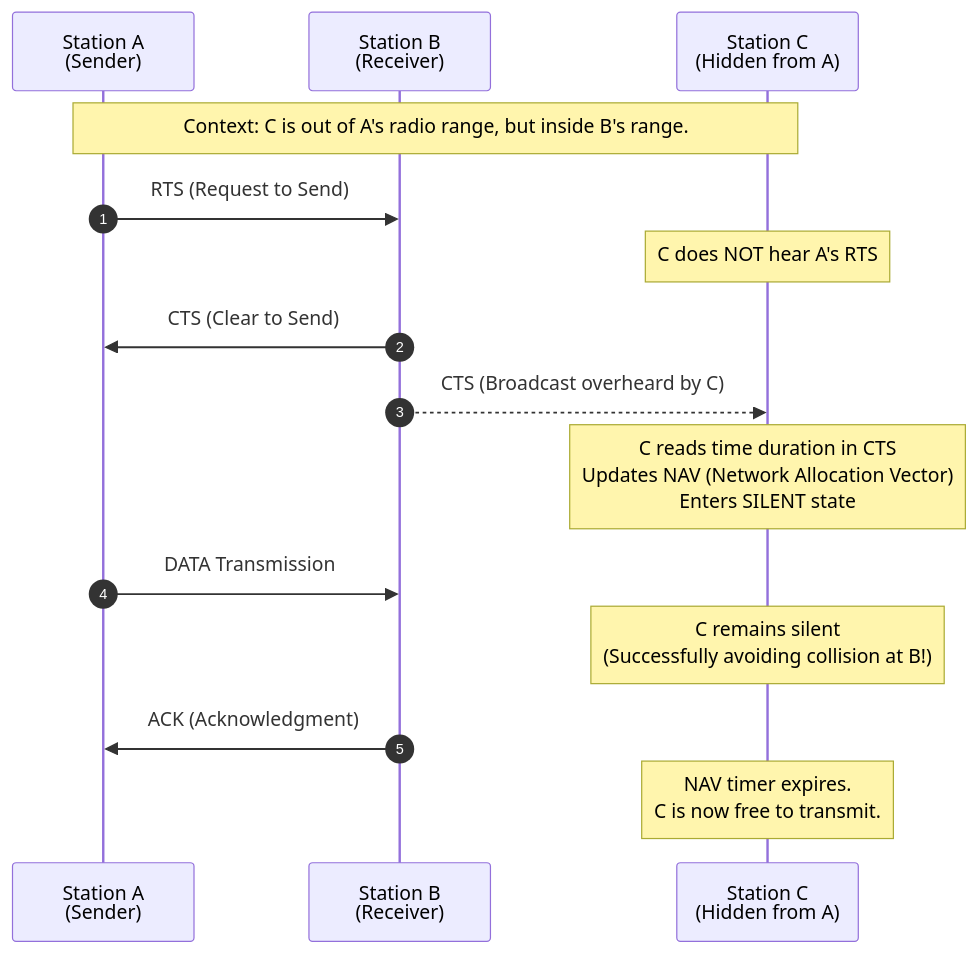
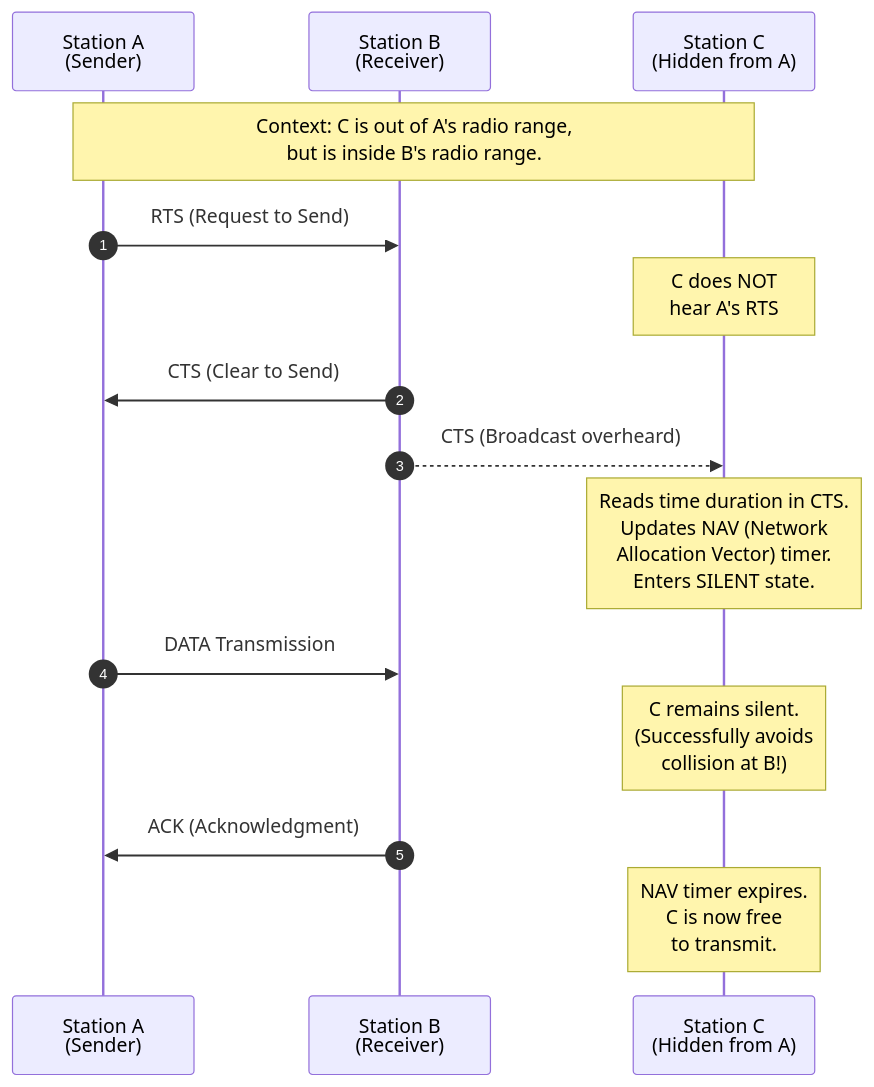
Before and after one commit to rakkateichou/CITS3002-notes: the diagram in content/Week 5.md, drawn with Mermaid.

Commit message:
Quartz sync: Apr 1, 2026, 2:49 AM

````diff
--- a/content/Week 5.md
+++ b/content/Week 5.md
@@ -107,24 +107,24 @@
 ```mermaid
 sequenceDiagram
     autonumber
     participant A as Station A<br/>(Sender)
     participant B as Station B<br/>(Receiver)
     participant C as Station C<br/>(Hidden from A)
 
-    Note over A, C: Context: C is out of A's radio range, but inside B's range.
+    Note over A, C: Context: C is out of A's radio range,<br/>but is inside B's radio range.
     
     A->>B: RTS (Request to Send)
-    Note over C: C does NOT hear A's RTS
+    Note over C: C does NOT<br/>hear A's RTS
 
     B->>A: CTS (Clear to Send)
-    B-->>C: CTS (Broadcast overheard by C)
+    B-->>C: CTS (Broadcast overheard)
 
-    Note over C: C reads time duration in CTS<br/>Updates NAV (Network Allocation Vector)<br/>Enters SILENT state
+    Note over C: Reads time duration in CTS.<br/>Updates NAV (Network<br/>Allocation Vector) timer.<br/>Enters SILENT state.
 
     A->>B: DATA Transmission
-    Note over C: C remains silent <br/>(Successfully avoiding collision at B!)
+    Note over C: C remains silent.<br/>(Successfully avoids<br/>collision at B!)
     
     B->>A: ACK (Acknowledgment)
     
-    Note over C: NAV timer expires.<br/>C is now free to transmit.
+    Note over C: NAV timer expires.<br/>C is now free<br/>to transmit.
 ```
````
